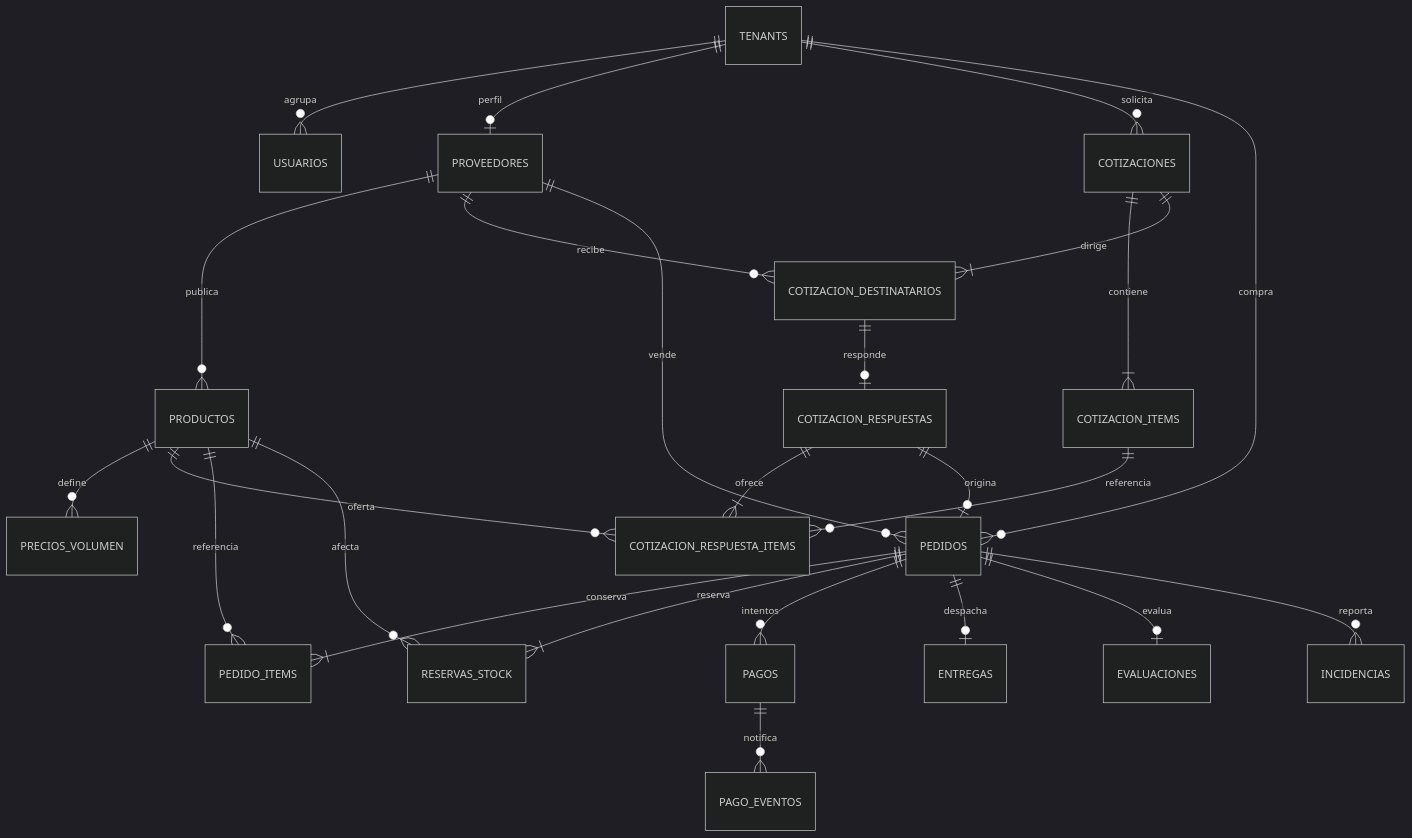
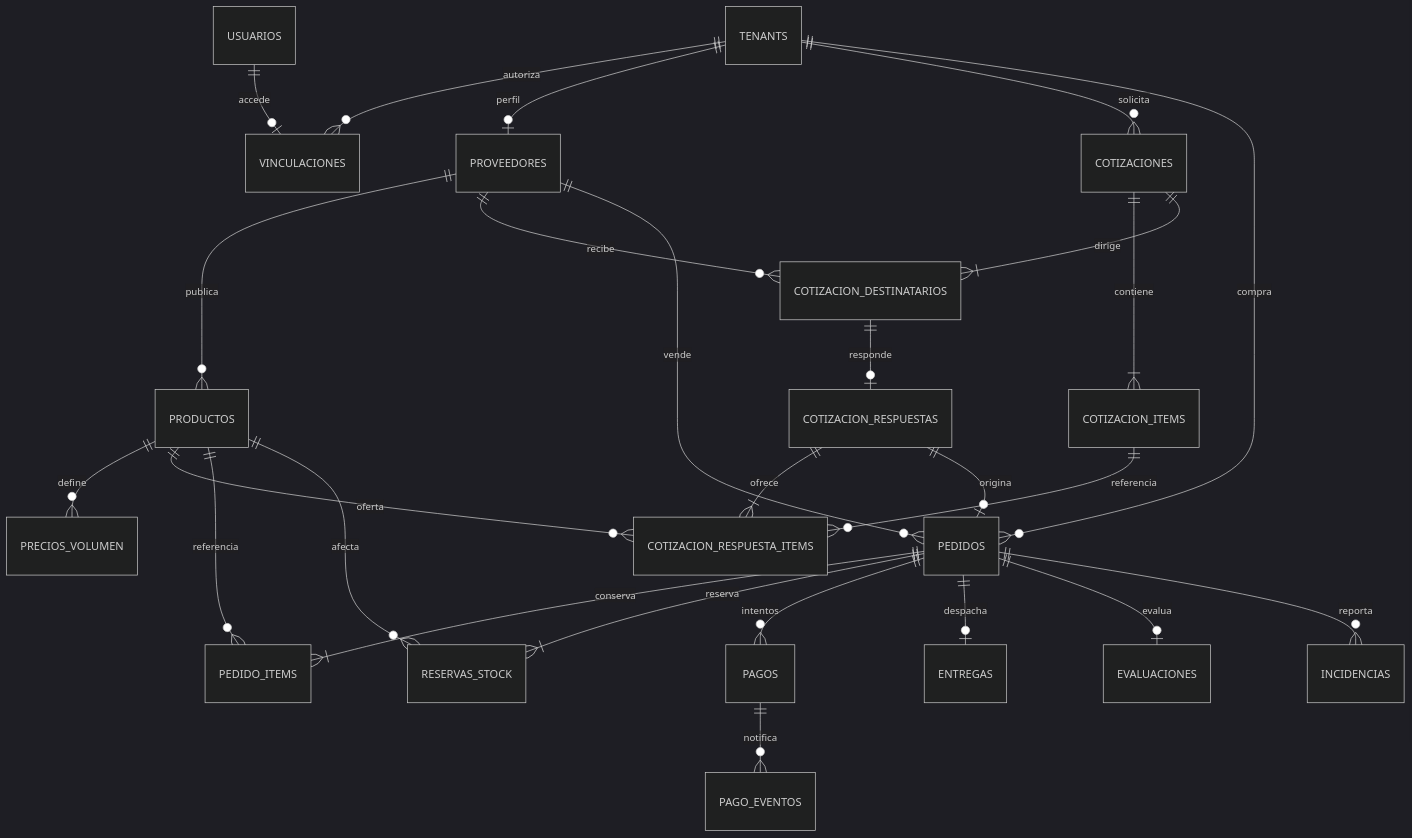
The diagram in docs/03-diseno-de-software/esquema-base-de-datos.md (Yeltsin-MC/MayoristaPro-B2B-ArquitSoft), drawn with Mermaid (dark theme) before and after one commit. The commit also changed other lines of this file and 20 other files, not shown here.

````diff
--- a/docs/03-diseno-de-software/esquema-base-de-datos.md
+++ b/docs/03-diseno-de-software/esquema-base-de-datos.md
@@ -7,27 +7,28 @@
 ```mermaid
 erDiagram
-    TENANTS ||--o{ USUARIOS : agrupa
+    TENANTS ||--o{ VINCULACIONES : autoriza
+    USUARIOS ||--o| VINCULACIONES : accede
     TENANTS ||--o| PROVEEDORES : perfil
     PROVEEDORES ||--o{ PRODUCTOS : publica
     PRODUCTOS ||--o{ PRECIOS_VOLUMEN : define
     TENANTS ||--o{ COTIZACIONES : solicita
     COTIZACIONES ||--|{ COTIZACION_ITEMS : contiene
     COTIZACIONES ||--|{ COTIZACION_DESTINATARIOS : dirige
     PROVEEDORES ||--o{ COTIZACION_DESTINATARIOS : recibe
     COTIZACION_DESTINATARIOS ||--o| COTIZACION_RESPUESTAS : responde
     COTIZACION_RESPUESTAS ||--|{ COTIZACION_RESPUESTA_ITEMS : ofrece
     COTIZACION_ITEMS ||--o{ COTIZACION_RESPUESTA_ITEMS : referencia
     PRODUCTOS ||--o{ COTIZACION_RESPUESTA_ITEMS : oferta
     COTIZACION_RESPUESTAS ||--o| PEDIDOS : origina
     TENANTS ||--o{ PEDIDOS : compra
     PROVEEDORES ||--o{ PEDIDOS : vende
     PEDIDOS ||--|{ PEDIDO_ITEMS : conserva
     PRODUCTOS ||--o{ PEDIDO_ITEMS : referencia
     PEDIDOS ||--|{ RESERVAS_STOCK : reserva
     PRODUCTOS ||--o{ RESERVAS_STOCK : afecta
     PEDIDOS ||--o{ PAGOS : intentos
     PAGOS ||--o{ PAGO_EVENTOS : notifica
     PEDIDOS ||--o| ENTREGAS : despacha
     PEDIDOS ||--o| EVALUACIONES : evalua
     PEDIDOS ||--o{ INCIDENCIAS : reporta
 ```
````
